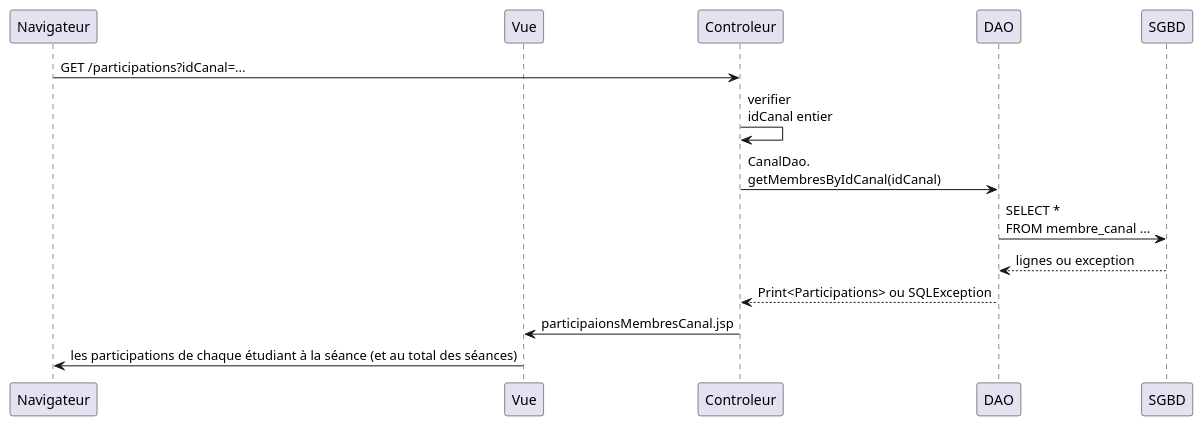
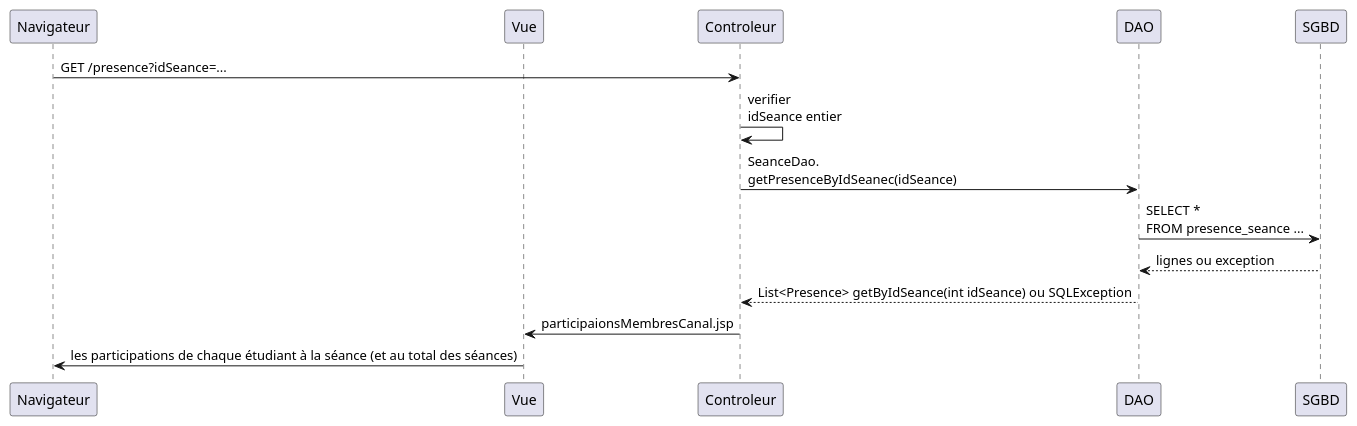
Before and after one commit to michel-plasse/SIOMassy2022: the diagram in src/main/uml/afficherParticipationsEtudiants.puml, drawn with PlantUML.

Commit message:
Update - Changing Sequence diagram of "Show student participations"

```diff
--- a/src/main/uml/afficherParticipationsEtudiants.puml
+++ b/src/main/uml/afficherParticipationsEtudiants.puml
@@ -1,14 +1,14 @@
 @startuml
 participant Navigateur
 participant Vue
 
-Navigateur -> Controleur: GET /participations?idCanal=...
-Controleur -> Controleur: verifier\nidCanal entier
-Controleur -> DAO: CanalDao.\ngetMembresByIdCanal(idCanal)
-DAO -> SGBD: SELECT *\nFROM membre_canal ...
+Navigateur -> Controleur: GET /presence?idSeance=...
+Controleur -> Controleur: verifier\nidSeance entier
+Controleur -> DAO: SeanceDao.\ngetPresenceByIdSeanec(idSeance)
+DAO -> SGBD: SELECT *\nFROM presence_seance ...
 SGBD --> DAO: lignes ou exception
-DAO --> Controleur: Print<Participations> ou SQLException
+DAO --> Controleur: List<Presence> getByIdSeance(int idSeance) ou SQLException
 Controleur -> Vue: participaionsMembresCanal.jsp
 Vue -> Navigateur: les participations de chaque étudiant à la séance (et au total des séances)
 
 @enduml
```
